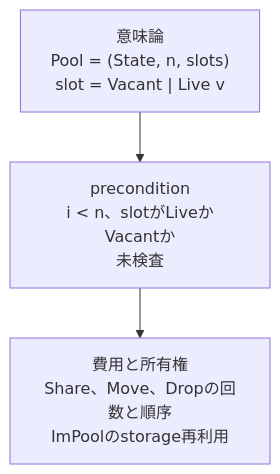
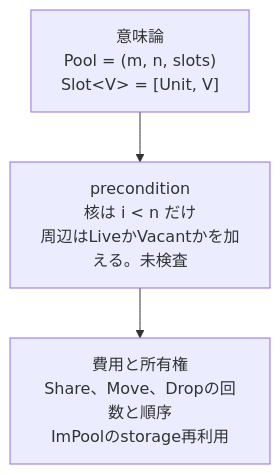
One commit to cwd-k2/mal changed the first of 2 diagrams in docs/proposals/pool/slot-model.md. Above: the diagram before and after it, drawn with Mermaid. The commit also changed other lines of this file and 8 other files, not shown here.

````diff
--- a/docs/proposals/pool/slot-model.md
+++ b/docs/proposals/pool/slot-model.md
@@ -15,7 +15,7 @@
 ```mermaid
 flowchart TB
-  S["意味論<br/>Pool = (State, n, slots)<br/>slot = Vacant | Live v"]
-  P["precondition<br/>i < n、slotがLiveかVacantか<br/>未検査"]
+  S["意味論<br/>Pool = (m, n, slots)<br/>Slot&lt;V&gt; = [Unit, V]"]
+  P["precondition<br/>核は i &lt; n だけ<br/>周辺はLiveかVacantかを加える。未検査"]
   C["費用と所有権<br/>Share、Move、Dropの回数と順序<br/>ImPoolのstorage再利用"]
   S --> P --> C
 ```
````
